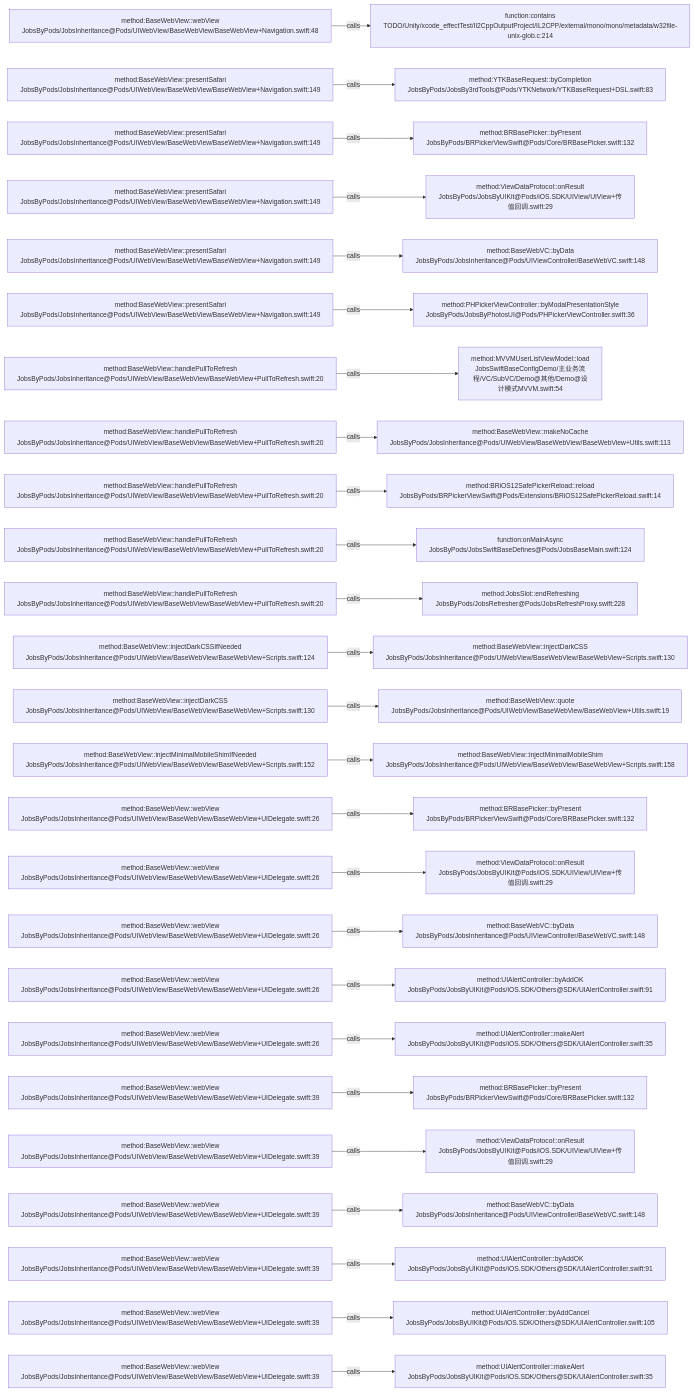
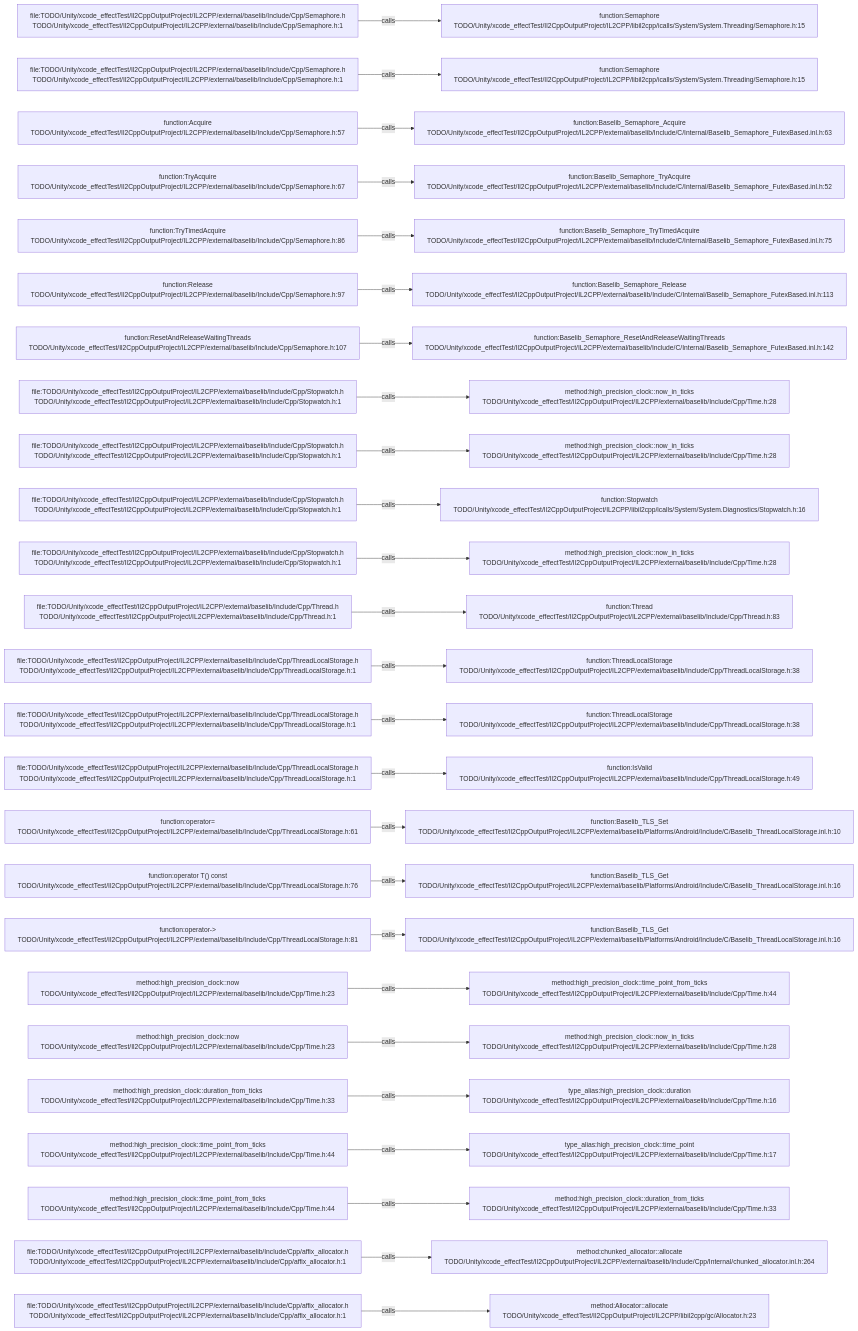
One commit to JobsKits/JobsSwiftBaseConfigDemo changed the diagram in .codegraph/codegraph.md/graphs/calls-135.md. Above: the diagram before and after it, drawn with Mermaid. The commit also changed 569 other files, not shown here.

````diff
--- a/.codegraph/codegraph.md/graphs/calls-135.md
+++ b/.codegraph/codegraph.md/graphs/calls-135.md
@@ -13,78 +13,78 @@
 ```mermaid
 flowchart LR
-  S1["method:BaseWebView::webView<br/>JobsByPods/JobsInheritance@Pods/UIWebView/BaseWebView/BaseWebView+Navigation.swift:48"]
-  T1["function:contains<br/>TODO/Unity/xcode_effectTest/Il2CppOutputProject/IL2CPP/external/mono/mono/metadata/w32file-unix-glob.c:214"]
+  S1["file:TODO/Unity/xcode_effectTest/Il2CppOutputProject/IL2CPP/external/baselib/Include/Cpp/Semaphore.h<br/>TODO/Unity/xcode_effectTest/Il2CppOutputProject/IL2CPP/external/baselib/Include/Cpp/Semaphore.h:1"]
+  T1["function:Semaphore<br/>TODO/Unity/xcode_effectTest/Il2CppOutputProject/IL2CPP/libil2cpp/icalls/System/System.Threading/Semaphore.h:15"]
   S1 -->|calls| T1
-  S2["method:BaseWebView::presentSafari<br/>JobsByPods/JobsInheritance@Pods/UIWebView/BaseWebView/BaseWebView+Navigation.swift:149"]
-  T2["method:YTKBaseRequest::byCompletion<br/>JobsByPods/JobsBy3rdTools@Pods/YTKNetwork/YTKBaseRequest+DSL.swift:83"]
+  S2["file:TODO/Unity/xcode_effectTest/Il2CppOutputProject/IL2CPP/external/baselib/Include/Cpp/Semaphore.h<br/>TODO/Unity/xcode_effectTest/Il2CppOutputProject/IL2CPP/external/baselib/Include/Cpp/Semaphore.h:1"]
+  T2["function:Semaphore<br/>TODO/Unity/xcode_effectTest/Il2CppOutputProject/IL2CPP/libil2cpp/icalls/System/System.Threading/Semaphore.h:15"]
   S2 -->|calls| T2
-  S3["method:BaseWebView::presentSafari<br/>JobsByPods/JobsInheritance@Pods/UIWebView/BaseWebView/BaseWebView+Navigation.swift:149"]
-  T3["method:BRBasePicker::byPresent<br/>JobsByPods/BRPickerViewSwift@Pods/Core/BRBasePicker.swift:132"]
+  S3["function:Acquire<br/>TODO/Unity/xcode_effectTest/Il2CppOutputProject/IL2CPP/external/baselib/Include/Cpp/Semaphore.h:57"]
+  T3["function:Baselib_Semaphore_Acquire<br/>TODO/Unity/xcode_effectTest/Il2CppOutputProject/IL2CPP/external/baselib/Include/C/Internal/Baselib_Semaphore_FutexBased.inl.h:63"]
   S3 -->|calls| T3
-  S4["method:BaseWebView::presentSafari<br/>JobsByPods/JobsInheritance@Pods/UIWebView/BaseWebView/BaseWebView+Navigation.swift:149"]
-  T4["method:ViewDataProtocol::onResult<br/>JobsByPods/JobsByUIKit@Pods/iOS.SDK/UIView/UIView+传值回调.swift:29"]
+  S4["function:TryAcquire<br/>TODO/Unity/xcode_effectTest/Il2CppOutputProject/IL2CPP/external/baselib/Include/Cpp/Semaphore.h:67"]
+  T4["function:Baselib_Semaphore_TryAcquire<br/>TODO/Unity/xcode_effectTest/Il2CppOutputProject/IL2CPP/external/baselib/Include/C/Internal/Baselib_Semaphore_FutexBased.inl.h:52"]
   S4 -->|calls| T4
-  S5["method:BaseWebView::presentSafari<br/>JobsByPods/JobsInheritance@Pods/UIWebView/BaseWebView/BaseWebView+Navigation.swift:149"]
-  T5["method:BaseWebVC::byData<br/>JobsByPods/JobsInheritance@Pods/UIViewController/BaseWebVC.swift:148"]
+  S5["function:TryTimedAcquire<br/>TODO/Unity/xcode_effectTest/Il2CppOutputProject/IL2CPP/external/baselib/Include/Cpp/Semaphore.h:86"]
+  T5["function:Baselib_Semaphore_TryTimedAcquire<br/>TODO/Unity/xcode_effectTest/Il2CppOutputProject/IL2CPP/external/baselib/Include/C/Internal/Baselib_Semaphore_FutexBased.inl.h:75"]
   S5 -->|calls| T5
-  S6["method:BaseWebView::presentSafari<br/>JobsByPods/JobsInheritance@Pods/UIWebView/BaseWebView/BaseWebView+Navigation.swift:149"]
-  T6["method:PHPickerViewController::byModalPresentationStyle<br/>JobsByPods/JobsByPhotosUI@Pods/PHPickerViewController.swift:36"]
+  S6["function:Release<br/>TODO/Unity/xcode_effectTest/Il2CppOutputProject/IL2CPP/external/baselib/Include/Cpp/Semaphore.h:97"]
+  T6["function:Baselib_Semaphore_Release<br/>TODO/Unity/xcode_effectTest/Il2CppOutputProject/IL2CPP/external/baselib/Include/C/Internal/Baselib_Semaphore_FutexBased.inl.h:113"]
   S6 -->|calls| T6
-  S7["method:BaseWebView::handlePullToRefresh<br/>JobsByPods/JobsInheritance@Pods/UIWebView/BaseWebView/BaseWebView+PullToRefresh.swift:20"]
-  T7["method:MVVMUserListViewModel::load<br/>JobsSwiftBaseConfigDemo/主业务流程/VC/SubVC/Demo@其他/Demo@设计模式MVVM.swift:54"]
+  S7["function:ResetAndReleaseWaitingThreads<br/>TODO/Unity/xcode_effectTest/Il2CppOutputProject/IL2CPP/external/baselib/Include/Cpp/Semaphore.h:107"]
+  T7["function:Baselib_Semaphore_ResetAndReleaseWaitingThreads<br/>TODO/Unity/xcode_effectTest/Il2CppOutputProject/IL2CPP/external/baselib/Include/C/Internal/Baselib_Semaphore_FutexBased.inl.h:142"]
   S7 -->|calls| T7
-  S8["method:BaseWebView::handlePullToRefresh<br/>JobsByPods/JobsInheritance@Pods/UIWebView/BaseWebView/BaseWebView+PullToRefresh.swift:20"]
-  T8["method:BaseWebView::makeNoCache<br/>JobsByPods/JobsInheritance@Pods/UIWebView/BaseWebView/BaseWebView+Utils.swift:113"]
+  S8["file:TODO/Unity/xcode_effectTest/Il2CppOutputProject/IL2CPP/external/baselib/Include/Cpp/Stopwatch.h<br/>TODO/Unity/xcode_effectTest/Il2CppOutputProject/IL2CPP/external/baselib/Include/Cpp/Stopwatch.h:1"]
+  T8["method:high_precision_clock::now_in_ticks<br/>TODO/Unity/xcode_effectTest/Il2CppOutputProject/IL2CPP/external/baselib/Include/Cpp/Time.h:28"]
   S8 -->|calls| T8
-  S9["method:BaseWebView::handlePullToRefresh<br/>JobsByPods/JobsInheritance@Pods/UIWebView/BaseWebView/BaseWebView+PullToRefresh.swift:20"]
-  T9["method:BRiOS12SafePickerReload::reload<br/>JobsByPods/BRPickerViewSwift@Pods/Extensions/BRiOS12SafePickerReload.swift:14"]
+  S9["file:TODO/Unity/xcode_effectTest/Il2CppOutputProject/IL2CPP/external/baselib/Include/Cpp/Stopwatch.h<br/>TODO/Unity/xcode_effectTest/Il2CppOutputProject/IL2CPP/external/baselib/Include/Cpp/Stopwatch.h:1"]
+  T9["method:high_precision_clock::now_in_ticks<br/>TODO/Unity/xcode_effectTest/Il2CppOutputProject/IL2CPP/external/baselib/Include/Cpp/Time.h:28"]
   S9 -->|calls| T9
-  S10["method:BaseWebView::handlePullToRefresh<br/>JobsByPods/JobsInheritance@Pods/UIWebView/BaseWebView/BaseWebView+PullToRefresh.swift:20"]
-  T10["function:onMainAsync<br/>JobsByPods/JobsSwiftBaseDefines@Pods/JobsBaseMain.swift:124"]
+  S10["file:TODO/Unity/xcode_effectTest/Il2CppOutputProject/IL2CPP/external/baselib/Include/Cpp/Stopwatch.h<br/>TODO/Unity/xcode_effectTest/Il2CppOutputProject/IL2CPP/external/baselib/Include/Cpp/Stopwatch.h:1"]
+  T10["function:Stopwatch<br/>TODO/Unity/xcode_effectTest/Il2CppOutputProject/IL2CPP/libil2cpp/icalls/System/System.Diagnostics/Stopwatch.h:16"]
   S10 -->|calls| T10
-  S11["method:BaseWebView::handlePullToRefresh<br/>JobsByPods/JobsInheritance@Pods/UIWebView/BaseWebView/BaseWebView+PullToRefresh.swift:20"]
-  T11["method:JobsSlot::endRefreshing<br/>JobsByPods/JobsRefresher@Pods/JobsRefreshProxy.swift:228"]
+  S11["file:TODO/Unity/xcode_effectTest/Il2CppOutputProject/IL2CPP/external/baselib/Include/Cpp/Stopwatch.h<br/>TODO/Unity/xcode_effectTest/Il2CppOutputProject/IL2CPP/external/baselib/Include/Cpp/Stopwatch.h:1"]
+  T11["method:high_precision_clock::now_in_ticks<br/>TODO/Unity/xcode_effectTest/Il2CppOutputProject/IL2CPP/external/baselib/Include/Cpp/Time.h:28"]
   S11 -->|calls| T11
-  S12["method:BaseWebView::injectDarkCSSIfNeeded<br/>JobsByPods/JobsInheritance@Pods/UIWebView/BaseWebView/BaseWebView+Scripts.swift:124"]
-  T12["method:BaseWebView::injectDarkCSS<br/>JobsByPods/JobsInheritance@Pods/UIWebView/BaseWebView/BaseWebView+Scripts.swift:130"]
+  S12["file:TODO/Unity/xcode_effectTest/Il2CppOutputProject/IL2CPP/external/baselib/Include/Cpp/Thread.h<br/>TODO/Unity/xcode_effectTest/Il2CppOutputProject/IL2CPP/external/baselib/Include/Cpp/Thread.h:1"]
+  T12["function:Thread<br/>TODO/Unity/xcode_effectTest/Il2CppOutputProject/IL2CPP/external/baselib/Include/Cpp/Thread.h:83"]
   S12 -->|calls| T12
-  S13["method:BaseWebView::injectDarkCSS<br/>JobsByPods/JobsInheritance@Pods/UIWebView/BaseWebView/BaseWebView+Scripts.swift:130"]
-  T13["method:BaseWebView::quote<br/>JobsByPods/JobsInheritance@Pods/UIWebView/BaseWebView/BaseWebView+Utils.swift:19"]
+  S13["file:TODO/Unity/xcode_effectTest/Il2CppOutputProject/IL2CPP/external/baselib/Include/Cpp/ThreadLocalStorage.h<br/>TODO/Unity/xcode_effectTest/Il2CppOutputProject/IL2CPP/external/baselib/Include/Cpp/ThreadLocalStorage.h:1"]
+  T13["function:ThreadLocalStorage<br/>TODO/Unity/xcode_effectTest/Il2CppOutputProject/IL2CPP/external/baselib/Include/Cpp/ThreadLocalStorage.h:38"]
   S13 -->|calls| T13
-  S14["method:BaseWebView::injectMinimalMobileShimIfNeeded<br/>JobsByPods/JobsInheritance@Pods/UIWebView/BaseWebView/BaseWebView+Scripts.swift:152"]
-  T14["method:BaseWebView::injectMinimalMobileShim<br/>JobsByPods/JobsInheritance@Pods/UIWebView/BaseWebView/BaseWebView+Scripts.swift:158"]
+  S14["file:TODO/Unity/xcode_effectTest/Il2CppOutputProject/IL2CPP/external/baselib/Include/Cpp/ThreadLocalStorage.h<br/>TODO/Unity/xcode_effectTest/Il2CppOutputProject/IL2CPP/external/baselib/Include/Cpp/ThreadLocalStorage.h:1"]
+  T14["function:ThreadLocalStorage<br/>TODO/Unity/xcode_effectTest/Il2CppOutputProject/IL2CPP/external/baselib/Include/Cpp/ThreadLocalStorage.h:38"]
   S14 -->|calls| T14
-  S15["method:BaseWebView::webView<br/>JobsByPods/JobsInheritance@Pods/UIWebView/BaseWebView/BaseWebView+UIDelegate.swift:26"]
-  T15["method:BRBasePicker::byPresent<br/>JobsByPods/BRPickerViewSwift@Pods/Core/BRBasePicker.swift:132"]
+  S15["file:TODO/Unity/xcode_effectTest/Il2CppOutputProject/IL2CPP/external/baselib/Include/Cpp/ThreadLocalStorage.h<br/>TODO/Unity/xcode_effectTest/Il2CppOutputProject/IL2CPP/external/baselib/Include/Cpp/ThreadLocalStorage.h:1"]
+  T15["function:IsValid<br/>TODO/Unity/xcode_effectTest/Il2CppOutputProject/IL2CPP/external/baselib/Include/Cpp/ThreadLocalStorage.h:49"]
   S15 -->|calls| T15
-  S16["method:BaseWebView::webView<br/>JobsByPods/JobsInheritance@Pods/UIWebView/BaseWebView/BaseWebView+UIDelegate.swift:26"]
-  T16["method:ViewDataProtocol::onResult<br/>JobsByPods/JobsByUIKit@Pods/iOS.SDK/UIView/UIView+传值回调.swift:29"]
+  S16["function:operator=<br/>TODO/Unity/xcode_effectTest/Il2CppOutputProject/IL2CPP/external/baselib/Include/Cpp/ThreadLocalStorage.h:61"]
+  T16["function:Baselib_TLS_Set<br/>TODO/Unity/xcode_effectTest/Il2CppOutputProject/IL2CPP/external/baselib/Platforms/Android/Include/C/Baselib_ThreadLocalStorage.inl.h:10"]
   S16 -->|calls| T16
-  S17["method:BaseWebView::webView<br/>JobsByPods/JobsInheritance@Pods/UIWebView/BaseWebView/BaseWebView+UIDelegate.swift:26"]
-  T17["method:BaseWebVC::byData<br/>JobsByPods/JobsInheritance@Pods/UIViewController/BaseWebVC.swift:148"]
+  S17["function:operator T() const<br/>TODO/Unity/xcode_effectTest/Il2CppOutputProject/IL2CPP/external/baselib/Include/Cpp/ThreadLocalStorage.h:76"]
+  T17["function:Baselib_TLS_Get<br/>TODO/Unity/xcode_effectTest/Il2CppOutputProject/IL2CPP/external/baselib/Platforms/Android/Include/C/Baselib_ThreadLocalStorage.inl.h:16"]
   S17 -->|calls| T17
-  S18["method:BaseWebView::webView<br/>JobsByPods/JobsInheritance@Pods/UIWebView/BaseWebView/BaseWebView+UIDelegate.swift:26"]
-  T18["method:UIAlertController::byAddOK<br/>JobsByPods/JobsByUIKit@Pods/iOS.SDK/Others@SDK/UIAlertController.swift:91"]
+  S18["function:operator-><br/>TODO/Unity/xcode_effectTest/Il2CppOutputProject/IL2CPP/external/baselib/Include/Cpp/ThreadLocalStorage.h:81"]
+  T18["function:Baselib_TLS_Get<br/>TODO/Unity/xcode_effectTest/Il2CppOutputProject/IL2CPP/external/baselib/Platforms/Android/Include/C/Baselib_ThreadLocalStorage.inl.h:16"]
   S18 -->|calls| T18
-  S19["method:BaseWebView::webView<br/>JobsByPods/JobsInheritance@Pods/UIWebView/BaseWebView/BaseWebView+UIDelegate.swift:26"]
-  T19["method:UIAlertController::makeAlert<br/>JobsByPods/JobsByUIKit@Pods/iOS.SDK/Others@SDK/UIAlertController.swift:35"]
+  S19["method:high_precision_clock::now<br/>TODO/Unity/xcode_effectTest/Il2CppOutputProject/IL2CPP/external/baselib/Include/Cpp/Time.h:23"]
+  T19["method:high_precision_clock::time_point_from_ticks<br/>TODO/Unity/xcode_effectTest/Il2CppOutputProject/IL2CPP/external/baselib/Include/Cpp/Time.h:44"]
   S19 -->|calls| T19
-  S20["method:BaseWebView::webView<br/>JobsByPods/JobsInheritance@Pods/UIWebView/BaseWebView/BaseWebView+UIDelegate.swift:39"]
-  T20["method:BRBasePicker::byPresent<br/>JobsByPods/BRPickerViewSwift@Pods/Core/BRBasePicker.swift:132"]
+  S20["method:high_precision_clock::now<br/>TODO/Unity/xcode_effectTest/Il2CppOutputProject/IL2CPP/external/baselib/Include/Cpp/Time.h:23"]
+  T20["method:high_precision_clock::now_in_ticks<br/>TODO/Unity/xcode_effectTest/Il2CppOutputProject/IL2CPP/external/baselib/Include/Cpp/Time.h:28"]
   S20 -->|calls| T20
-  S21["method:BaseWebView::webView<br/>JobsByPods/JobsInheritance@Pods/UIWebView/BaseWebView/BaseWebView+UIDelegate.swift:39"]
-  T21["method:ViewDataProtocol::onResult<br/>JobsByPods/JobsByUIKit@Pods/iOS.SDK/UIView/UIView+传值回调.swift:29"]
+  S21["method:high_precision_clock::duration_from_ticks<br/>TODO/Unity/xcode_effectTest/Il2CppOutputProject/IL2CPP/external/baselib/Include/Cpp/Time.h:33"]
+  T21["type_alias:high_precision_clock::duration<br/>TODO/Unity/xcode_effectTest/Il2CppOutputProject/IL2CPP/external/baselib/Include/Cpp/Time.h:16"]
   S21 -->|calls| T21
-  S22["method:BaseWebView::webView<br/>JobsByPods/JobsInheritance@Pods/UIWebView/BaseWebView/BaseWebView+UIDelegate.swift:39"]
-  T22["method:BaseWebVC::byData<br/>JobsByPods/JobsInheritance@Pods/UIViewController/BaseWebVC.swift:148"]
+  S22["method:high_precision_clock::time_point_from_ticks<br/>TODO/Unity/xcode_effectTest/Il2CppOutputProject/IL2CPP/external/baselib/Include/Cpp/Time.h:44"]
+  T22["type_alias:high_precision_clock::time_point<br/>TODO/Unity/xcode_effectTest/Il2CppOutputProject/IL2CPP/external/baselib/Include/Cpp/Time.h:17"]
   S22 -->|calls| T22
-  S23["method:BaseWebView::webView<br/>JobsByPods/JobsInheritance@Pods/UIWebView/BaseWebView/BaseWebView+UIDelegate.swift:39"]
-  T23["method:UIAlertController::byAddOK<br/>JobsByPods/JobsByUIKit@Pods/iOS.SDK/Others@SDK/UIAlertController.swift:91"]
+  S23["method:high_precision_clock::time_point_from_ticks<br/>TODO/Unity/xcode_effectTest/Il2CppOutputProject/IL2CPP/external/baselib/Include/Cpp/Time.h:44"]
+  T23["method:high_precision_clock::duration_from_ticks<br/>TODO/Unity/xcode_effectTest/Il2CppOutputProject/IL2CPP/external/baselib/Include/Cpp/Time.h:33"]
   S23 -->|calls| T23
-  S24["method:BaseWebView::webView<br/>JobsByPods/JobsInheritance@Pods/UIWebView/BaseWebView/BaseWebView+UIDelegate.swift:39"]
-  T24["method:UIAlertController::byAddCancel<br/>JobsByPods/JobsByUIKit@Pods/iOS.SDK/Others@SDK/UIAlertController.swift:105"]
+  S24["file:TODO/Unity/xcode_effectTest/Il2CppOutputProject/IL2CPP/external/baselib/Include/Cpp/affix_allocator.h<br/>TODO/Unity/xcode_effectTest/Il2CppOutputProject/IL2CPP/external/baselib/Include/Cpp/affix_allocator.h:1"]
+  T24["method:chunked_allocator::allocate<br/>TODO/Unity/xcode_effectTest/Il2CppOutputProject/IL2CPP/external/baselib/Include/Cpp/Internal/chunked_allocator.inl.h:264"]
   S24 -->|calls| T24
-  S25["method:BaseWebView::webView<br/>JobsByPods/JobsInheritance@Pods/UIWebView/BaseWebView/BaseWebView+UIDelegate.swift:39"]
-  T25["method:UIAlertController::makeAlert<br/>JobsByPods/JobsByUIKit@Pods/iOS.SDK/Others@SDK/UIAlertController.swift:35"]
+  S25["file:TODO/Unity/xcode_effectTest/Il2CppOutputProject/IL2CPP/external/baselib/Include/Cpp/affix_allocator.h<br/>TODO/Unity/xcode_effectTest/Il2CppOutputProject/IL2CPP/external/baselib/Include/Cpp/affix_allocator.h:1"]
+  T25["method:Allocator::allocate<br/>TODO/Unity/xcode_effectTest/Il2CppOutputProject/IL2CPP/libil2cpp/gc/Allocator.h:23"]
   S25 -->|calls| T25
 ```
````
